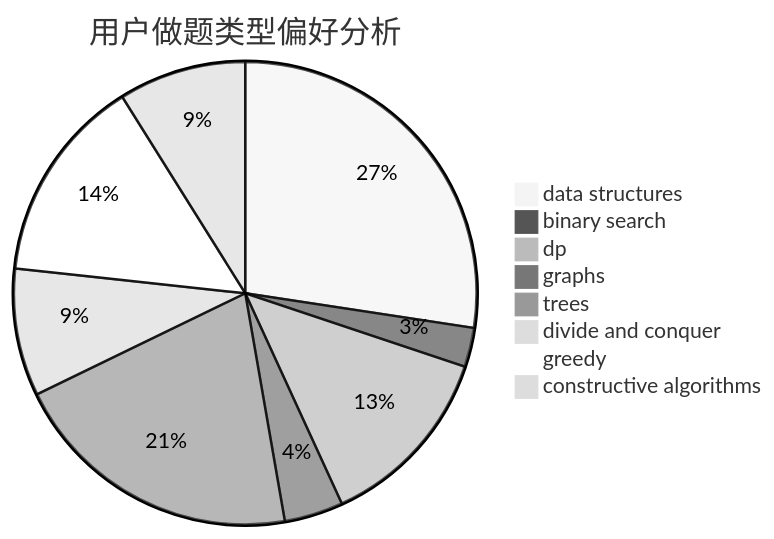
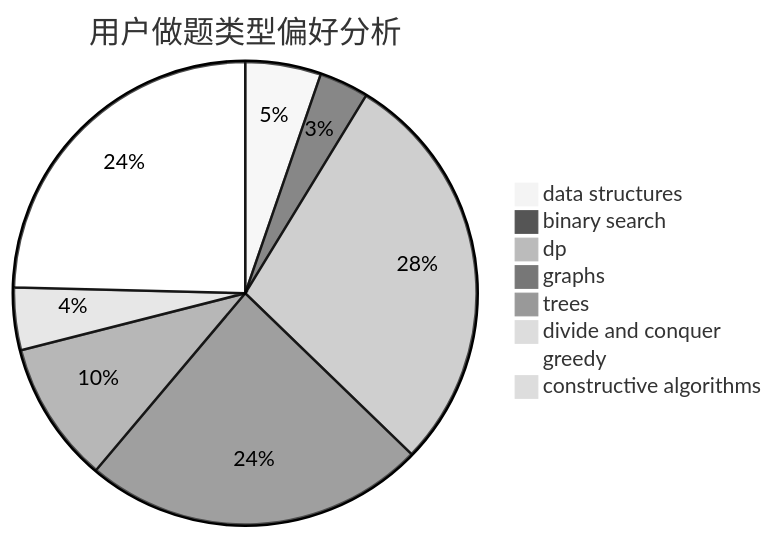
Before and after one commit to sherpahu/cfrs.github.io: the second of 3 diagrams in docs/user/u2014.md, drawn with Mermaid (neutral theme). The commit also changed other lines of this file and 2770 other files, not shown here.

````diff
--- a/docs/user/u2014.md
+++ b/docs/user/u2014.md
@@ -23,11 +23,11 @@
 ```mermaid
 pie title 用户做题类型偏好分析
-    "data structures" :  40
-    "binary search" :  4
-    "dp" :  19
-    "graphs" :  6
-    "trees" :  30
-    "divide and conquer" :  13
-    "greedy" :  21
-    "constructive algorithms" :  13
+    "data structures" :  23
+    "binary search" :  15
+    "dp" :  124
+    "graphs" :  104
+    "trees" :  43
+    "divide and conquer" :  19
+    "greedy" :  107
+    "constructive algorithms" :  4
 ```
````
